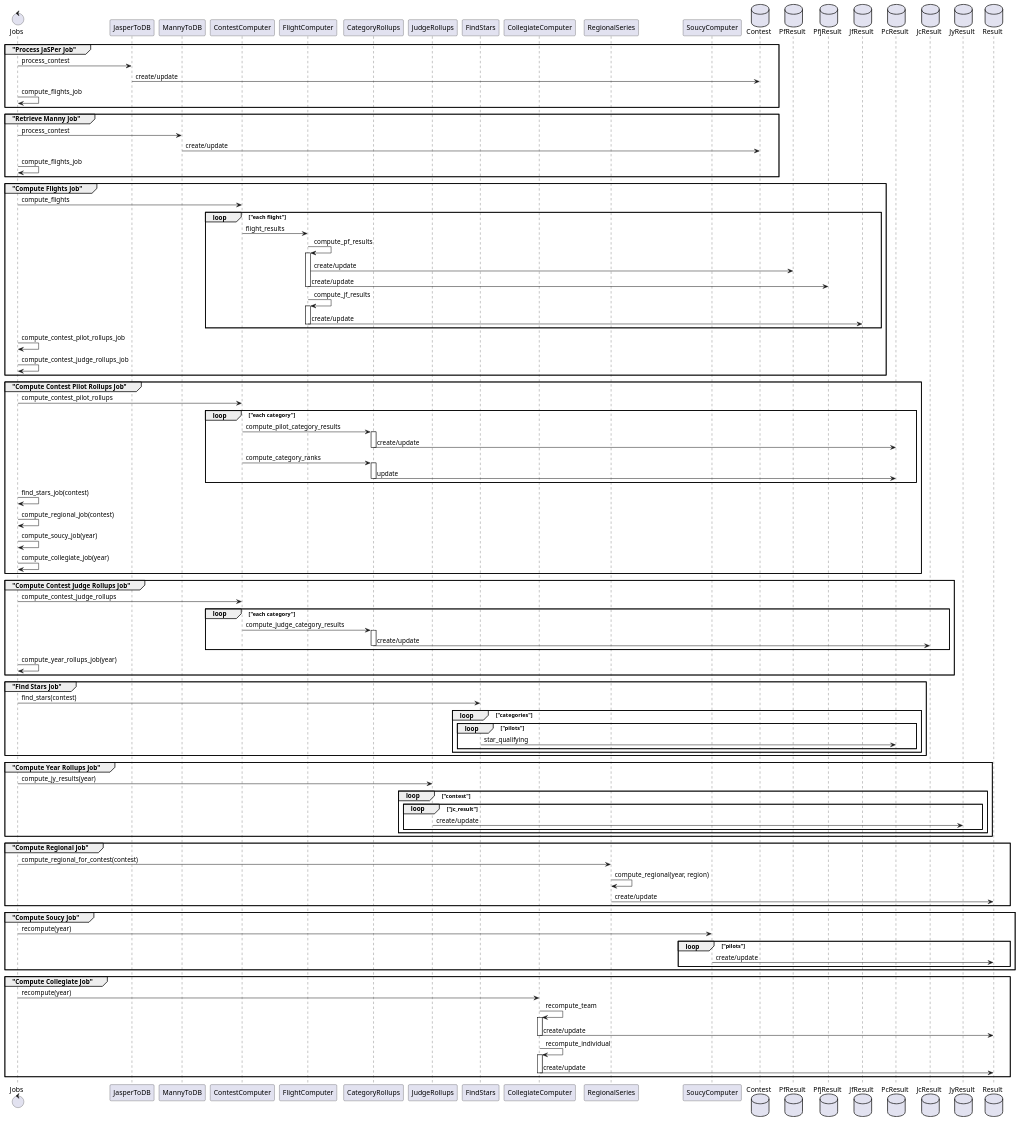
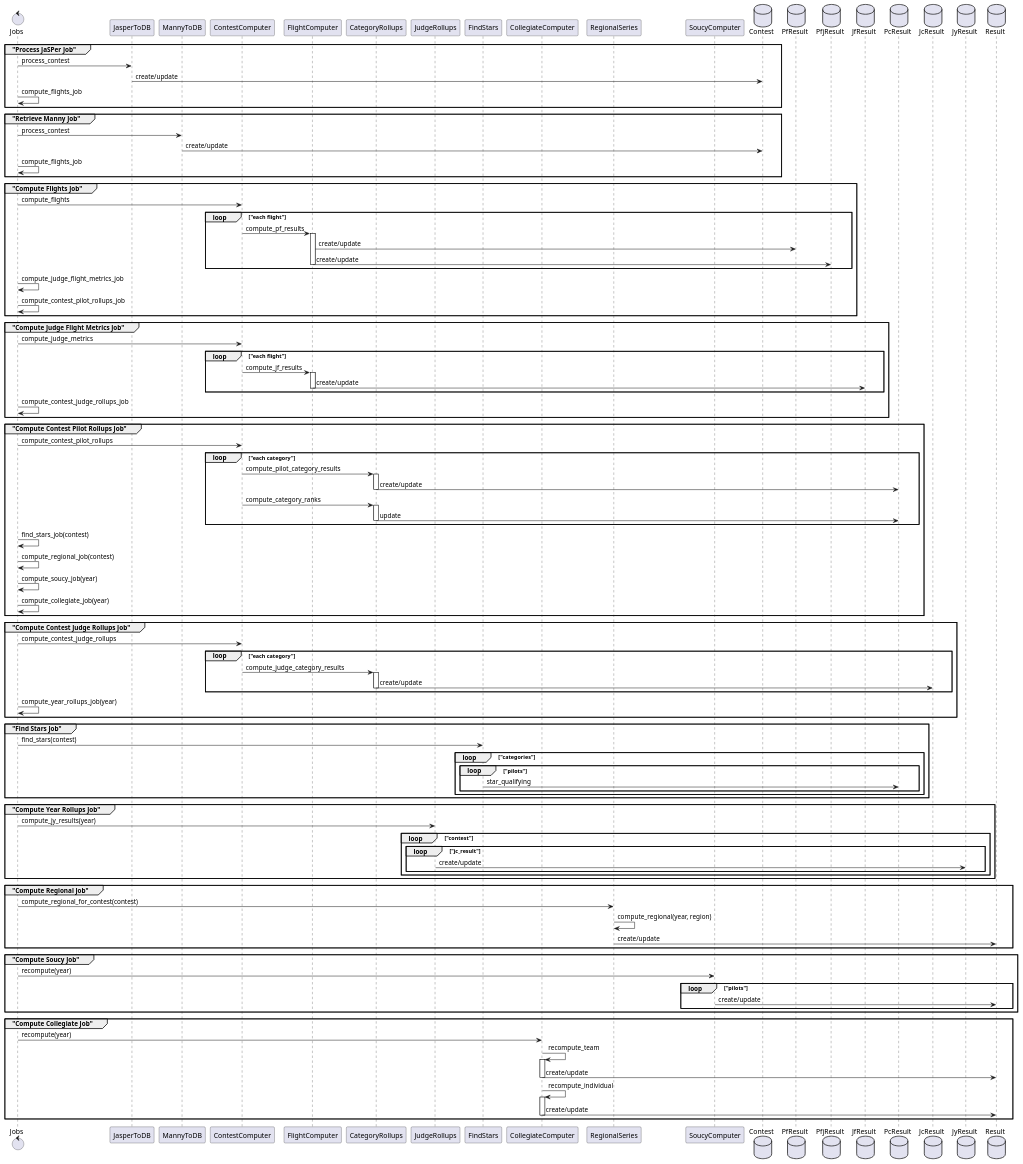
The diagram in doc/jobs.plantuml (International-Aerobatic-Club/iaccdb), drawn with PlantUML before and after one commit. The commit also changed 4 other files, not shown here.

Commit message:
further separate judge metric computation from flight result computation

```diff
--- a/doc/jobs.plantuml
+++ b/doc/jobs.plantuml
@@ -1,124 +1,130 @@
 @startuml
   control Jobs
   participant JasperToDB
   participant MannyToDB
   participant ContestComputer as CC
   participant FlightComputer as FC
   participant CategoryRollups as CR
   participant JudgeRollups as JR
   participant FindStars as Stars
   participant CollegiateComputer as Coll
   participant RegionalSeries as Regional
   participant SoucyComputer as Soucy
   database Contest
   database PfResult as PF
   database PfjResult as PFJ
   database JfResult as JF
   database PcResult as PC
   database JcResult as JC
   database JyResult as JY
   database Result
 
   group "Process JaSPer Job"
     Jobs -> JasperToDB : process_contest
     JasperToDB -> Contest : create/update
     Jobs -> Jobs : compute_flights_job
   end
 
   group "Retrieve Manny Job"
     Jobs -> MannyToDB : process_contest
     MannyToDB -> Contest : create/update
     Jobs -> Jobs : compute_flights_job
   end
 
   group "Compute Flights Job"
     Jobs -> CC : compute_flights
     loop "each flight"
-      CC -> FC : flight_results
-      FC -> FC : compute_pf_results
+      CC -> FC : compute_pf_results
       activate FC
         FC -> PF : create/update
         FC -> PFJ : create/update
       deactivate FC
-      FC -> FC : compute_jf_results
+    end
+    Jobs -> Jobs : compute_judge_flight_metrics_job
+    Jobs -> Jobs : compute_contest_pilot_rollups_job
+  end
+
+  group "Compute Judge Flight Metrics Job"
+    Jobs -> CC : compute_judge_metrics
+    loop "each flight"
+      CC -> FC : compute_jf_results
       activate FC
         FC -> JF : create/update
       deactivate FC
     end
-    Jobs -> Jobs : compute_contest_pilot_rollups_job
     Jobs -> Jobs : compute_contest_judge_rollups_job
   end
 
   group "Compute Contest Pilot Rollups Job"
     Jobs -> CC : compute_contest_pilot_rollups
     loop "each category"
       CC -> CR : compute_pilot_category_results
       activate CR
         CR -> PC : create/update
       deactivate CR
       CC -> CR : compute_category_ranks
       activate CR
         CR -> PC : update
       deactivate CR
     end
     Jobs -> Jobs : find_stars_job(contest)
     Jobs -> Jobs : compute_regional_job(contest)
     Jobs -> Jobs : compute_soucy_job(year)
     Jobs -> Jobs : compute_collegiate_job(year)
   end
 
   group "Compute Contest Judge Rollups Job"
     Jobs -> CC : compute_contest_judge_rollups
     loop "each category"
       CC -> CR : compute_judge_category_results
       activate CR
         CR -> JC : create/update
       deactivate CR
     end
     Jobs -> Jobs : compute_year_rollups_job(year)
   end
 
   group "Find Stars Job"
     Jobs -> Stars : find_stars(contest)
     loop "categories"
       loop "pilots"
         Stars -> PC : star_qualifying
       end
     end
   end
 
   group "Compute Year Rollups Job"
     Jobs -> JR : compute_jy_results(year)
     loop "contest"
       loop "jc_result"
         JR -> JY : create/update
       end
     end
   end
 
   group "Compute Regional Job"
     Jobs -> Regional : compute_regional_for_contest(contest)
     Regional -> Regional : compute_regional(year, region)
     Regional -> Result : create/update
   end
 
   group "Compute Soucy Job"
     Jobs -> Soucy : recompute(year)
     loop "pilots"
       Soucy -> Result : create/update
     end
   end
 
   group "Compute Collegiate Job"
     Jobs -> Coll : recompute(year)
     Coll -> Coll : recompute_team
     activate Coll
       Coll -> Result : create/update
     deactivate Coll
     Coll -> Coll : recompute_individual
     activate Coll
       Coll -> Result : create/update
     deactivate Coll
   end
 
 @enduml
```
